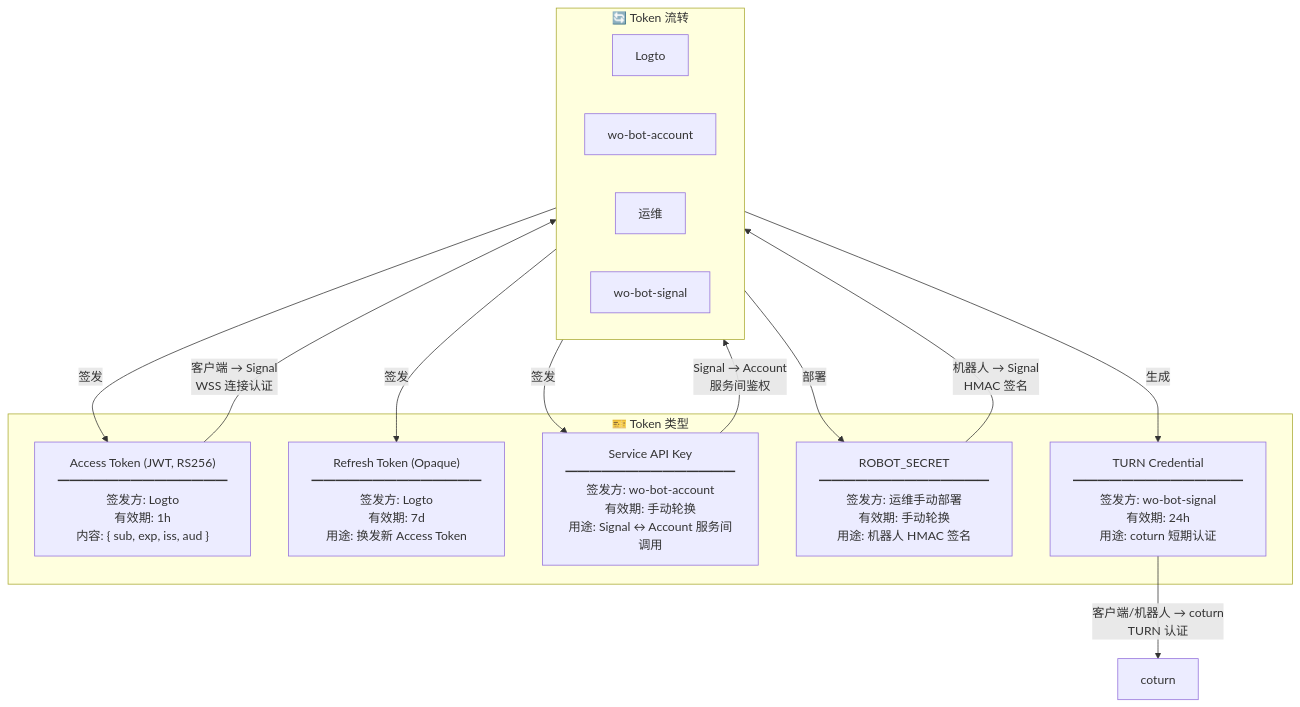
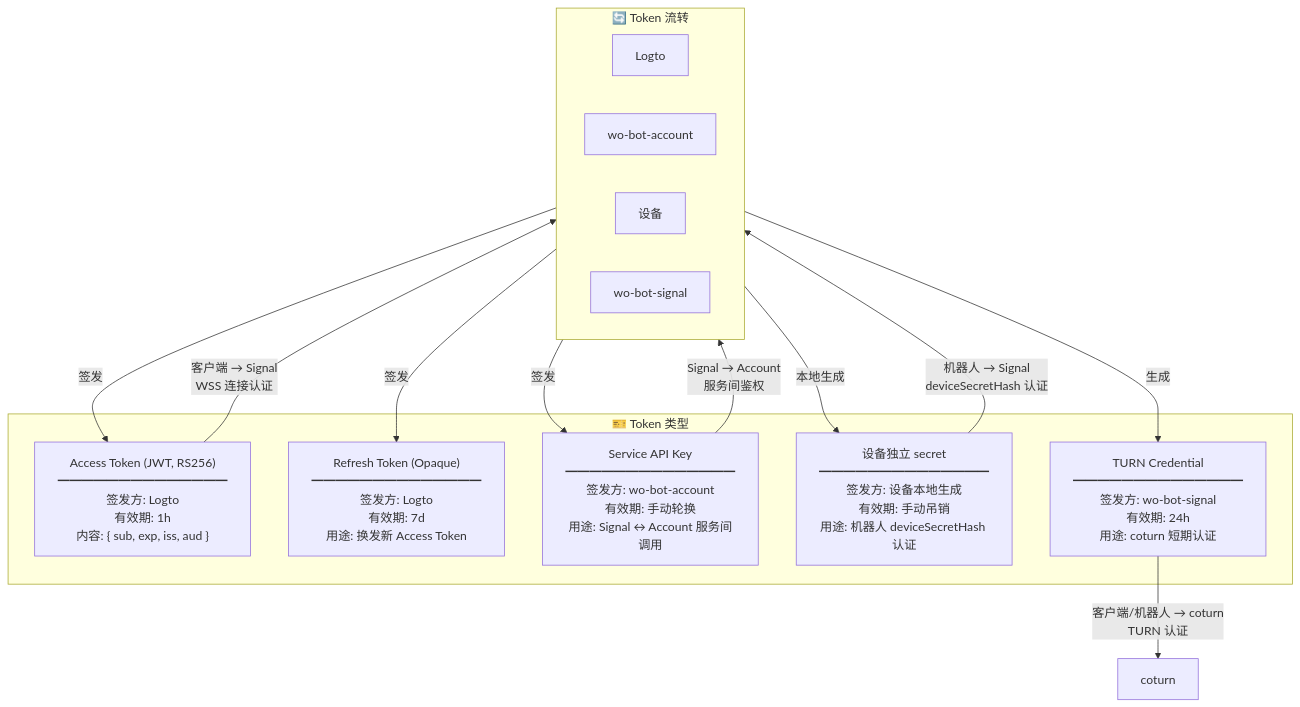
One commit to al96169/wo-bot-wiki changed diagram 15 of 17 in 方案/架构图.md. Above: the diagram before and after it, drawn with Mermaid. The commit also changed other lines of this file and 4 other files, not shown here.

````diff
--- a/方案/架构图.md
+++ b/方案/架构图.md
@@ -775,24 +775,24 @@
 ```mermaid
 graph TB
     subgraph Token类型["🎫 Token 类型"]
         AT["Access Token (JWT, RS256)<br/>━━━━━━━━━━━━━━<br/>签发方: Logto<br/>有效期: 1h<br/>内容: { sub, exp, iss, aud }"]
         RT["Refresh Token (Opaque)<br/>━━━━━━━━━━━━━━<br/>签发方: Logto<br/>有效期: 7d<br/>用途: 换发新 Access Token"]
         SK["Service API Key<br/>━━━━━━━━━━━━━━<br/>签发方: wo-bot-account<br/>有效期: 手动轮换<br/>用途: Signal ↔ Account 服务间调用"]
-        RS["ROBOT_SECRET<br/>━━━━━━━━━━━━━━<br/>签发方: 运维手动部署<br/>有效期: 手动轮换<br/>用途: 机器人 HMAC 签名"]
+        RS["设备独立 secret<br/>━━━━━━━━━━━━━━<br/>签发方: 设备本地生成<br/>有效期: 手动吊销<br/>用途: 机器人 deviceSecretHash 认证"]
         TC["TURN Credential<br/>━━━━━━━━━━━━━━<br/>签发方: wo-bot-signal<br/>有效期: 24h<br/>用途: coturn 短期认证"]
     end
 
     subgraph 流转["🔄 Token 流转"]
         direction LR
         LogtoSrv["Logto"] -->|"签发"| AT
         LogtoSrv -->|"签发"| RT
         AccountSrv["wo-bot-account"] -->|"签发"| SK
-        Ops["运维"] -->|"部署"| RS
+        Device["设备"] -->|"本地生成"| RS
         SignalSrv["wo-bot-signal"] -->|"生成"| TC
     end
 
     AT -->|"客户端 → Signal<br/>WSS 连接认证"| SignalSrv
     SK -->|"Signal → Account<br/>服务间鉴权"| AccountSrv
-    RS -->|"机器人 → Signal<br/>HMAC 签名"| SignalSrv
+    RS -->|"机器人 → Signal<br/>deviceSecretHash 认证"| SignalSrv
     TC -->|"客户端/机器人 → coturn<br/>TURN 认证"| CoturnSrv["coturn"]
 ```
````
